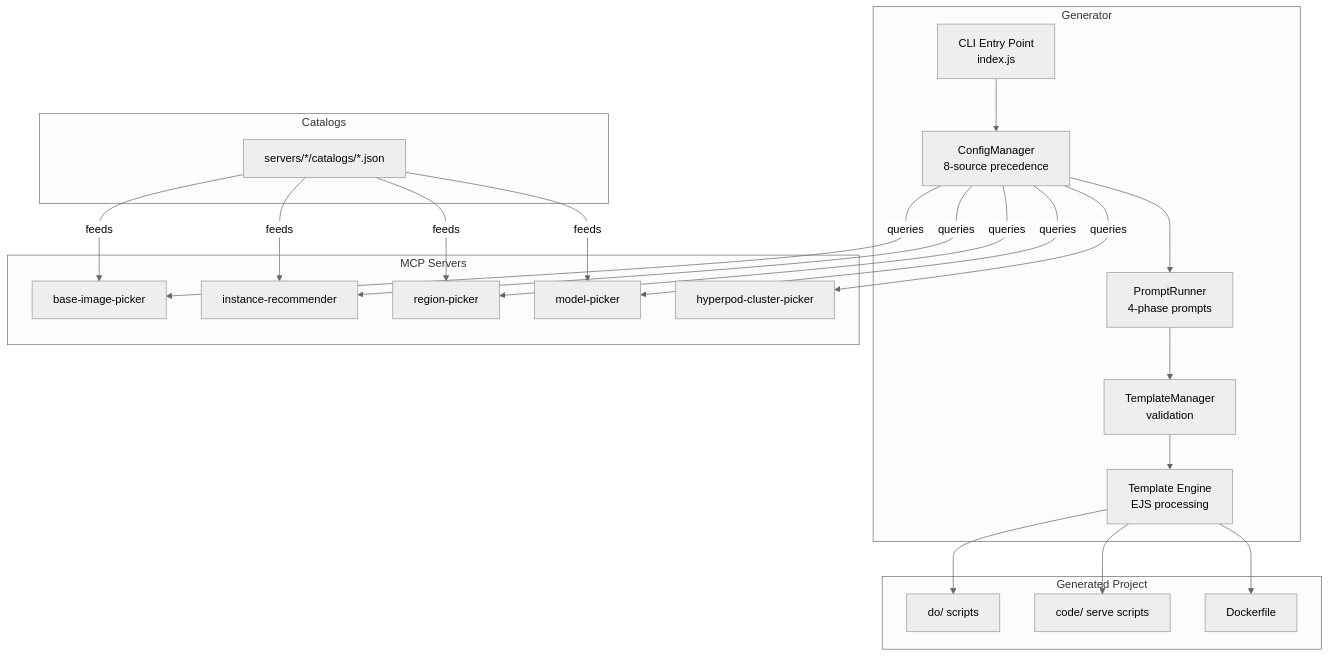
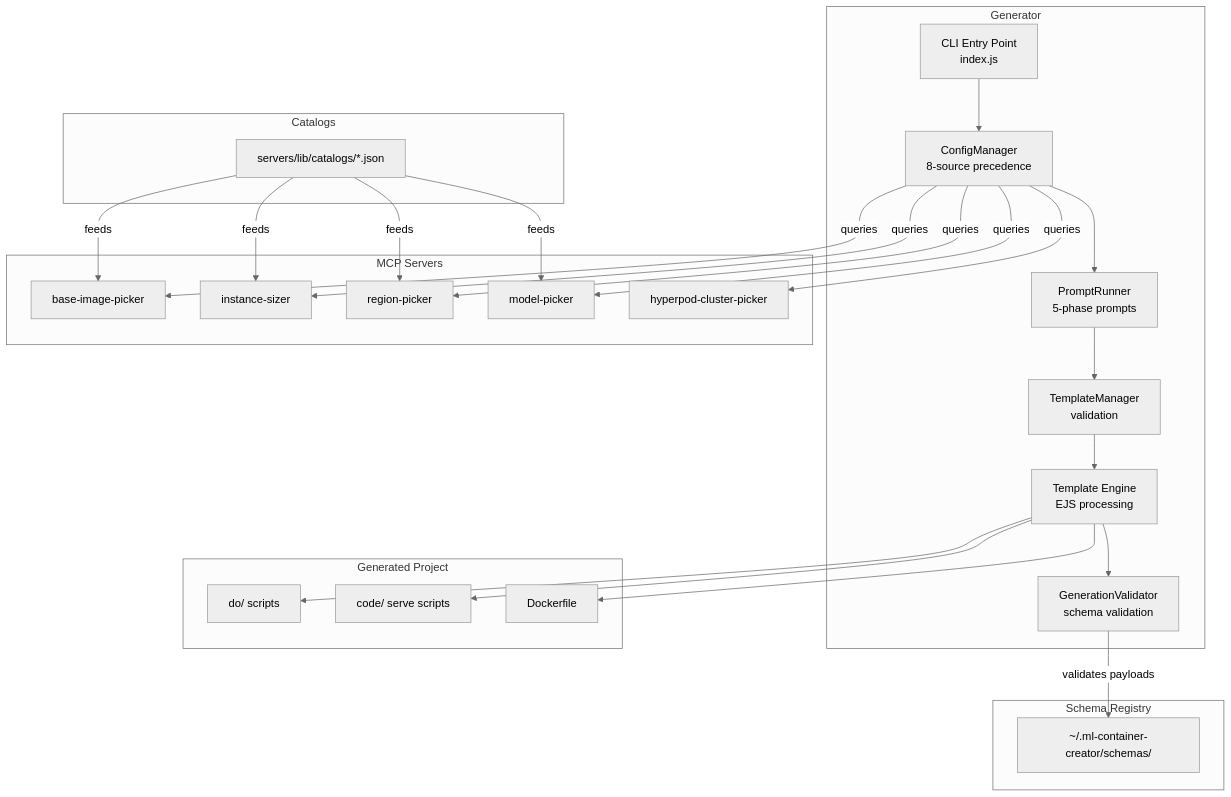
Before and after one commit to awslabs/ml-container-creator: the diagram in docs/architecture.md, drawn with Mermaid (neutral theme). The commit also changed 120 other files, not shown here.

````diff
--- a/docs/architecture.md
+++ b/docs/architecture.md
@@ -7,45 +7,52 @@
 ```mermaid
 graph TD
     subgraph "Generator"
         CLI["CLI Entry Point<br/>index.js"]
         CM["ConfigManager<br/>8-source precedence"]
-        PR["PromptRunner<br/>4-phase prompts"]
+        PR["PromptRunner<br/>5-phase prompts"]
         TM["TemplateManager<br/>validation"]
         TE["Template Engine<br/>EJS processing"]
+        GV["GenerationValidator<br/>schema validation"]
     end
 
     subgraph "MCP Servers"
         BIP["base-image-picker"]
-        IR["instance-recommender"]
+        IS["instance-sizer"]
         RP["region-picker"]
         MP["model-picker"]
         HCP["hyperpod-cluster-picker"]
     end
 
     subgraph "Catalogs"
-        CAT["servers/*/catalogs/*.json"]
+        CAT["servers/lib/catalogs/*.json"]
+    end
+
+    subgraph "Schema Registry"
+        SR["~/.ml-container-creator/schemas/"]
     end
 
     subgraph "Generated Project"
         DO["do/ scripts"]
         CODE["code/ serve scripts"]
         DOCKER["Dockerfile"]
     end
 
     CLI --> CM
     CM --> PR
     PR --> TM
     TM --> TE
     TE --> DO
     TE --> CODE
     TE --> DOCKER
+    TE --> GV
+    GV -->|"validates payloads"| SR
     CM -->|"queries"| BIP
-    CM -->|"queries"| IR
+    CM -->|"queries"| IS
     CM -->|"queries"| RP
     CM -->|"queries"| MP
     CM -->|"queries"| HCP
     CAT -->|"feeds"| BIP
-    CAT -->|"feeds"| IR
+    CAT -->|"feeds"| IS
     CAT -->|"feeds"| RP
     CAT -->|"feeds"| MP
 ```
````
